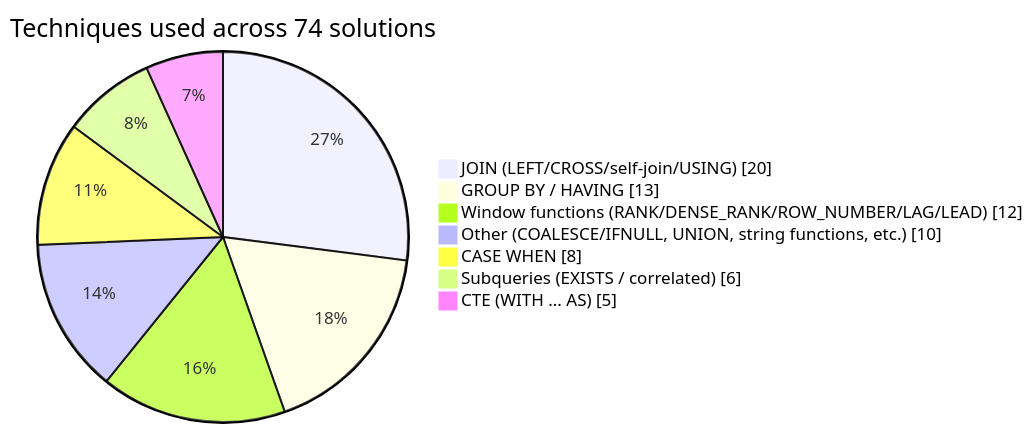
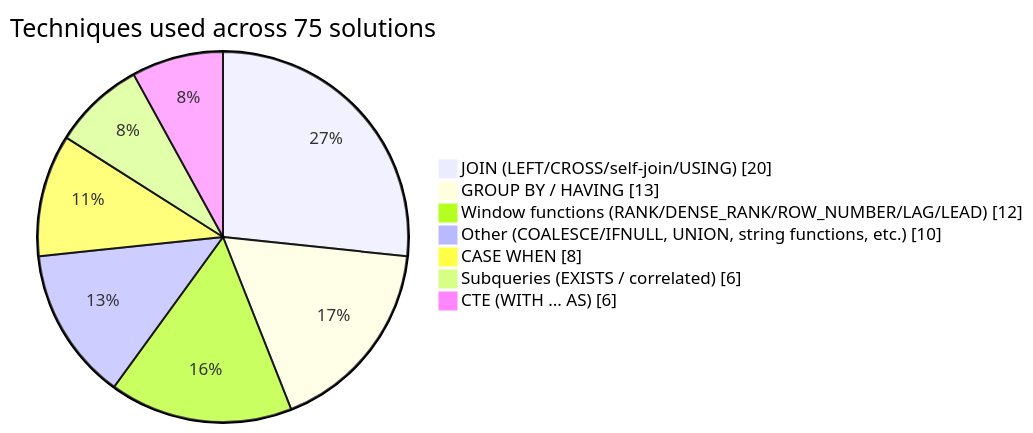
One commit to ruhlanrzayev/LeetCode_SQL_Problems changed the diagram in README.md. Above: the diagram before and after it, drawn with Mermaid. The commit also changed other lines of this file, not shown here.

Commit message:
chore: auto-update technique breakdown chart

````diff
--- a/README.md
+++ b/README.md
@@ -11,11 +11,11 @@
 ```mermaid
 pie showData
-    title Techniques used across 74 solutions
+    title Techniques used across 75 solutions
     "JOIN (LEFT/CROSS/self-join/USING)" : 20
     "GROUP BY / HAVING" : 13
     "Window functions (RANK/DENSE_RANK/ROW_NUMBER/LAG/LEAD)" : 12
     "Other (COALESCE/IFNULL, UNION, string functions, etc.)" : 10
     "CASE WHEN" : 8
     "Subqueries (EXISTS / correlated)" : 6
-    "CTE (WITH ... AS)" : 5
+    "CTE (WITH ... AS)" : 6
 ```
````
